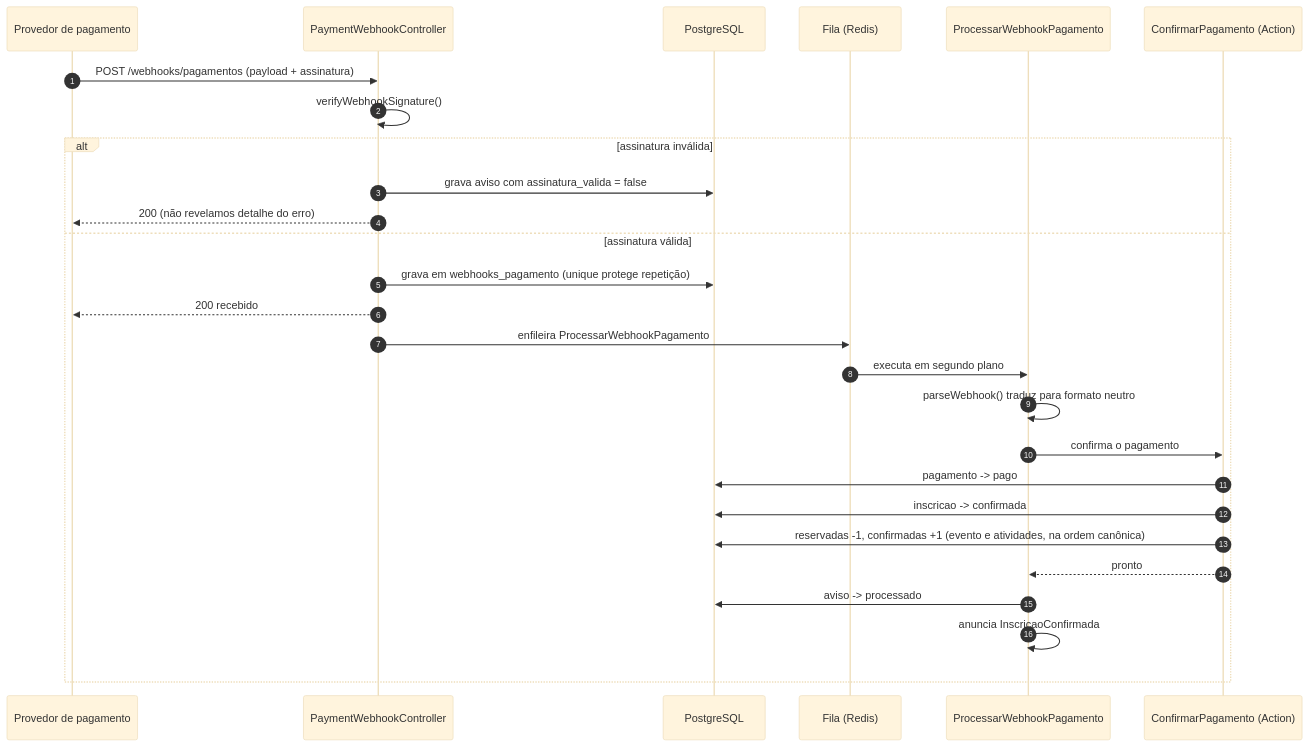
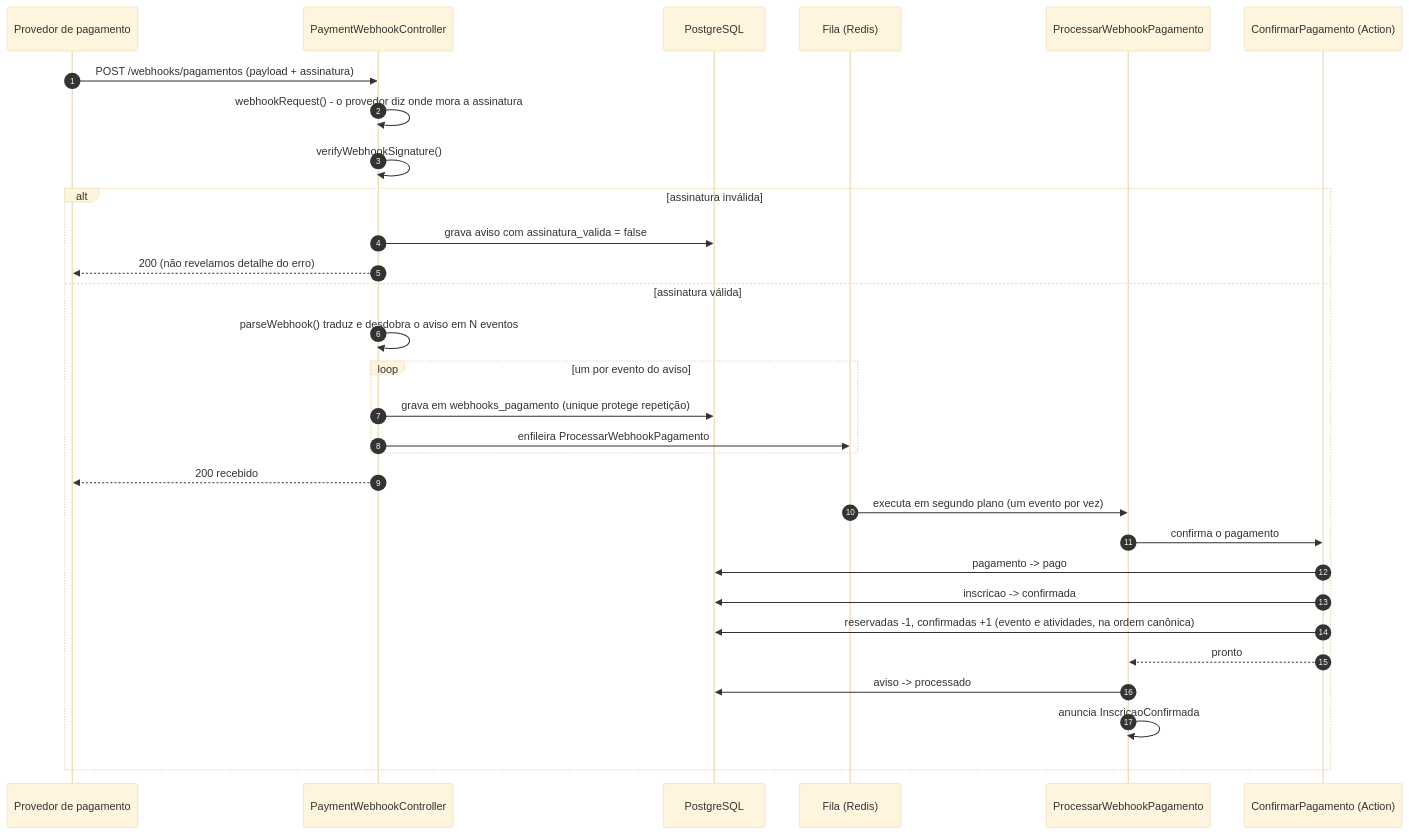
Before and after one commit to walberjefferson/gerenciador_eventos_ccc: the fourth of 6 diagrams in docs/ARCHITECTURE.md, drawn with Mermaid (base theme). The commit also changed other lines of this file and 4 other files, not shown here.

````diff
--- a/docs/ARCHITECTURE.md
+++ b/docs/ARCHITECTURE.md
@@ -302,30 +302,33 @@
 ```mermaid
 sequenceDiagram
     autonumber
     participant G as Provedor de pagamento
     participant WC as PaymentWebhookController
     participant DB as PostgreSQL
     participant Q as Fila (Redis)
     participant JB as ProcessarWebhookPagamento
     participant CP as ConfirmarPagamento (Action)
 
     G->>WC: POST /webhooks/pagamentos (payload + assinatura)
+    WC->>WC: webhookRequest() - o provedor diz onde mora a assinatura
     WC->>WC: verifyWebhookSignature()
     alt assinatura inválida
         WC->>DB: grava aviso com assinatura_valida = false
         WC-->>G: 200 (não revelamos detalhe do erro)
     else assinatura válida
-        WC->>DB: grava em webhooks_pagamento (unique protege repetição)
+        WC->>WC: parseWebhook() traduz e desdobra o aviso em N eventos
+        loop um por evento do aviso
+            WC->>DB: grava em webhooks_pagamento (unique protege repetição)
+            WC->>Q: enfileira ProcessarWebhookPagamento
+        end
         WC-->>G: 200 recebido
-        WC->>Q: enfileira ProcessarWebhookPagamento
-        Q->>JB: executa em segundo plano
-        JB->>JB: parseWebhook() traduz para formato neutro
+        Q->>JB: executa em segundo plano (um evento por vez)
         JB->>CP: confirma o pagamento
         CP->>DB: pagamento -> pago
         CP->>DB: inscricao -> confirmada
         CP->>DB: reservadas -1, confirmadas +1 (evento e atividades, na ordem canônica)
         CP-->>JB: pronto
         JB->>DB: aviso -> processado
         JB->>JB: anuncia InscricaoConfirmada
     end
 ```
````
